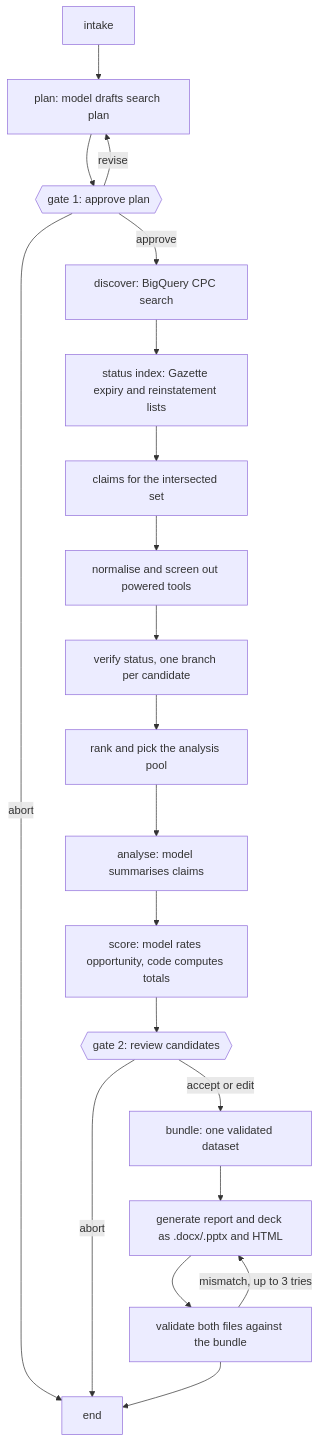
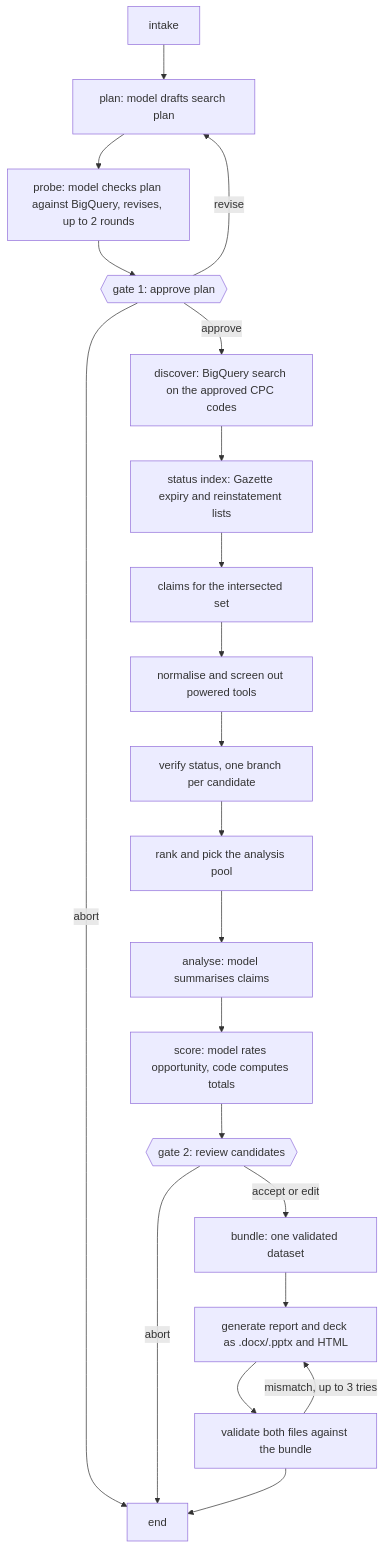
Before and after one commit to DhafinFawwaz/expired-patent-opportunity-agent: the diagram in README.md, drawn with Mermaid. The commit also changed other lines of this file and 3 other files, not shown here.

````diff
--- a/README.md
+++ b/README.md
@@ -85,22 +85,23 @@
 ```mermaid
 flowchart TD
     A[intake] --> B[plan: model drafts search plan]
-    B --> G1{{gate 1: approve plan}}
+    B --> P[probe: model checks plan against BigQuery, revises, up to 2 rounds]
+    P --> G1{{gate 1: approve plan}}
     G1 -- revise --> B
     G1 -- abort --> Z[end]
-    G1 -- approve --> C[discover: BigQuery CPC search]
+    G1 -- approve --> C[discover: BigQuery search on the approved CPC codes]
     C --> D[status index: Gazette expiry and reinstatement lists]
     D --> E[claims for the intersected set]
     E --> F[normalise and screen out powered tools]
     F --> V[verify status, one branch per candidate]
     V --> R[rank and pick the analysis pool]
     R --> AN[analyse: model summarises claims]
     AN --> S[score: model rates opportunity, code computes totals]
     S --> G2{{gate 2: review candidates}}
     G2 -- abort --> Z
     G2 -- accept or edit --> BU[bundle: one validated dataset]
     BU --> GE[generate report and deck as .docx/.pptx and HTML]
     GE --> VA[validate both files against the bundle]
     VA -- mismatch, up to 3 tries --> GE
     VA --> Z
 ```
````
